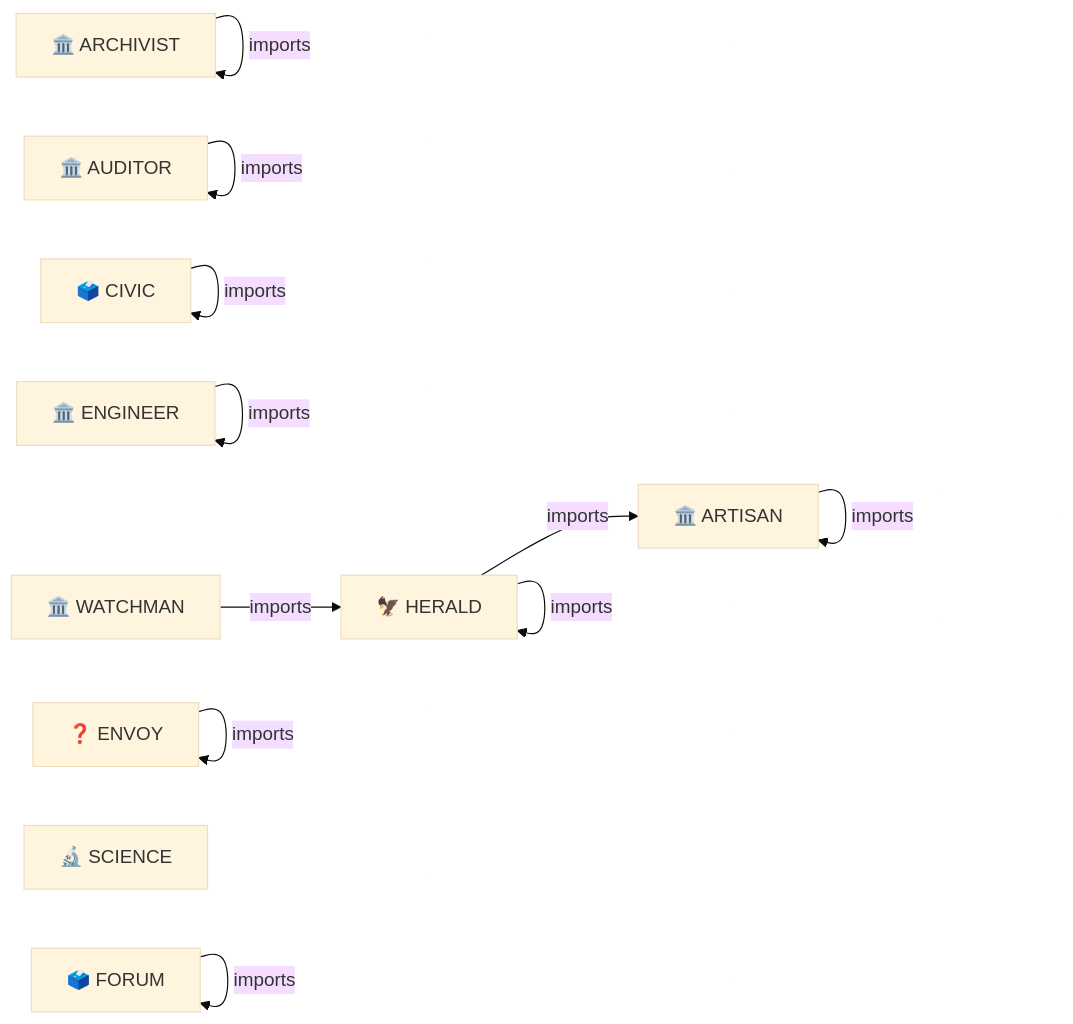
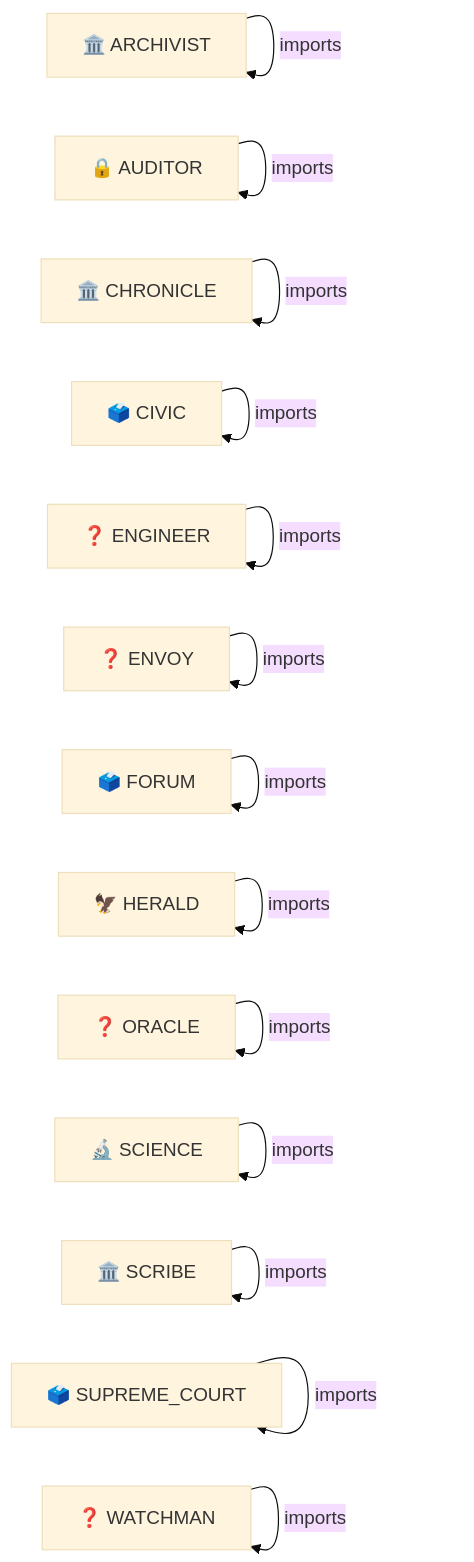
One commit to kimeisele/steward-protocol changed the second of 2 diagrams in CITYMAP.md. Above: the diagram before and after it, drawn with Mermaid (base theme). The commit also changed other lines of this file and 2 other files, not shown here.

First line of the commit message:
chore: Regenerate documentation using SCRIBE Cartridge

````diff
--- a/CITYMAP.md
+++ b/CITYMAP.md
@@ -92,23 +111,29 @@
 ```mermaid
 graph LR
     archivist["🏛️ ARCHIVIST"];
-    artisan["🏛️ ARTISAN"];
-    auditor["🏛️ AUDITOR"];
+    auditor["🔒 AUDITOR"];
+    chronicle["🏛️ CHRONICLE"];
     civic["🗳️ CIVIC"];
-    engineer["🏛️ ENGINEER"];
+    engineer["❓ ENGINEER"];
     envoy["❓ ENVOY"];
     forum["🗳️ FORUM"];
     herald["🦅 HERALD"];
+    oracle["❓ ORACLE"];
     science["🔬 SCIENCE"];
-    watchman["🏛️ WATCHMAN"];
+    scribe["🏛️ SCRIBE"];
+    supreme_court["🗳️ SUPREME_COURT"];
+    watchman["❓ WATCHMAN"];
     archivist -->|imports| archivist;
-    artisan -->|imports| artisan;
     auditor -->|imports| auditor;
+    chronicle -->|imports| chronicle;
     civic -->|imports| civic;
     engineer -->|imports| engineer;
     envoy -->|imports| envoy;
     forum -->|imports| forum;
-    herald -->|imports| artisan;
     herald -->|imports| herald;
-    watchman -->|imports| herald;
+    oracle -->|imports| oracle;
+    science -->|imports| science;
+    scribe -->|imports| scribe;
+    supreme_court -->|imports| supreme_court;
+    watchman -->|imports| watchman;
 ```
````
